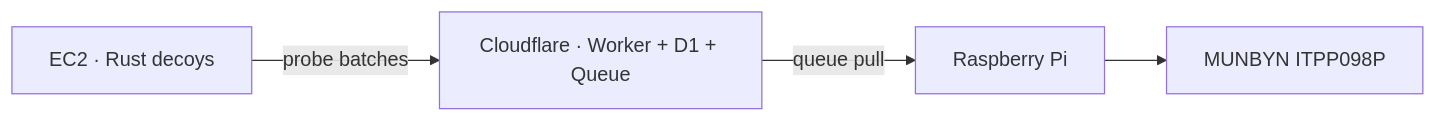
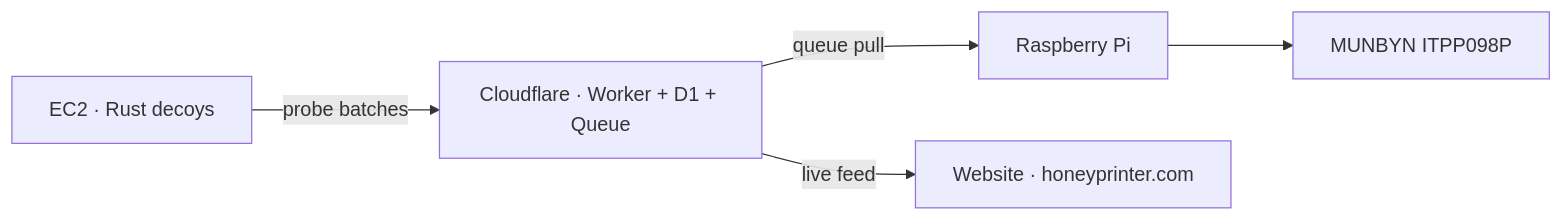
One commit to ostrowr/honeyprinter changed the diagram in README.md. Above: the diagram before and after it, drawn with Mermaid.

Commit message:
Include the website in the architecture diagram

````diff
--- a/README.md
+++ b/README.md
@@ -7,6 +7,7 @@
 ```mermaid
 flowchart LR
   EC2[EC2 · Rust decoys] -->|probe batches| CF[Cloudflare · Worker + D1 + Queue]
   CF -->|queue pull| Pi[Raspberry Pi]
   Pi --> Printer[MUNBYN ITPP098P]
+  CF -->|live feed| Web[Website · honeyprinter.com]
 ```
````
